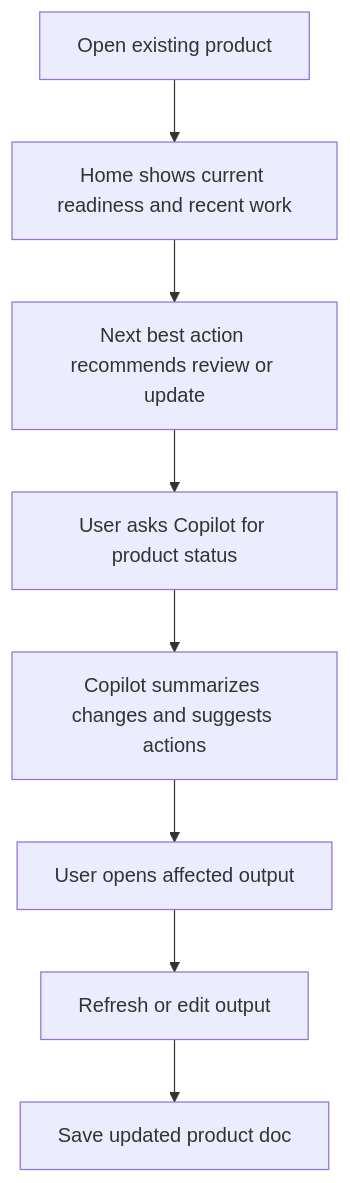
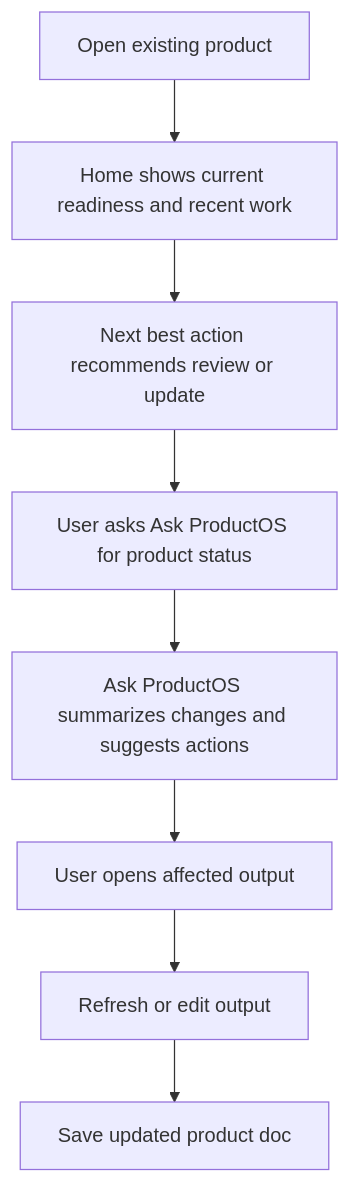
One commit to AIResearchFactory/productOS changed the second of 5 diagrams in docs/features/ux/productos-simplified-user-journeys.md. Above: the diagram before and after it, drawn with Mermaid. The commit also changed other lines of this file and 8 other files, not shown here.

Commit message:
refactor: rename Copilot to ProductOS across UX documentation and layout specifications

````diff
--- a/docs/features/ux/productos-simplified-user-journeys.md
+++ b/docs/features/ux/productos-simplified-user-journeys.md
@@ -73,10 +73,10 @@
 ```mermaid
 flowchart TD
   A[Open existing product] --> B[Home shows current readiness and recent work]
   B --> C[Next best action recommends review or update]
-  C --> D[User asks Copilot for product status]
-  D --> E[Copilot summarizes changes and suggests actions]
+  C --> D[User asks Ask ProductOS for product status]
+  D --> E[Ask ProductOS summarizes changes and suggests actions]
   E --> F[User opens affected output]
   F --> G[Refresh or edit output]
   G --> H[Save updated product doc]
 ```
````
